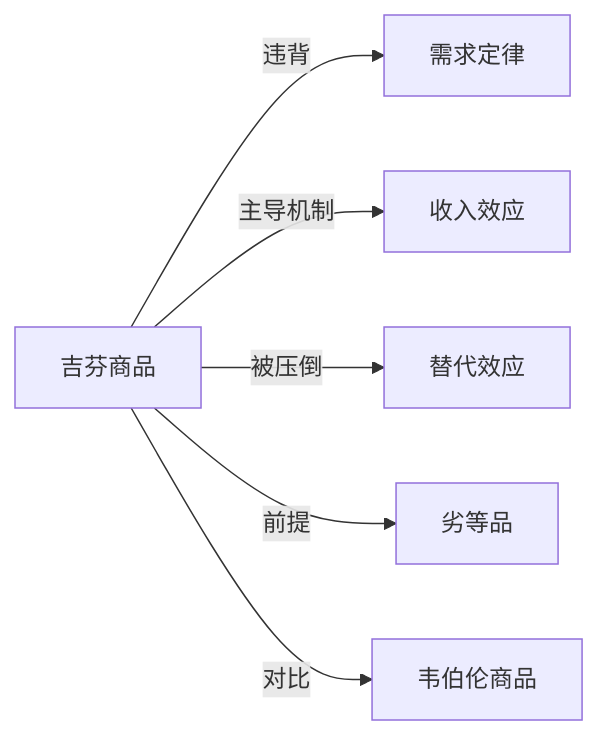
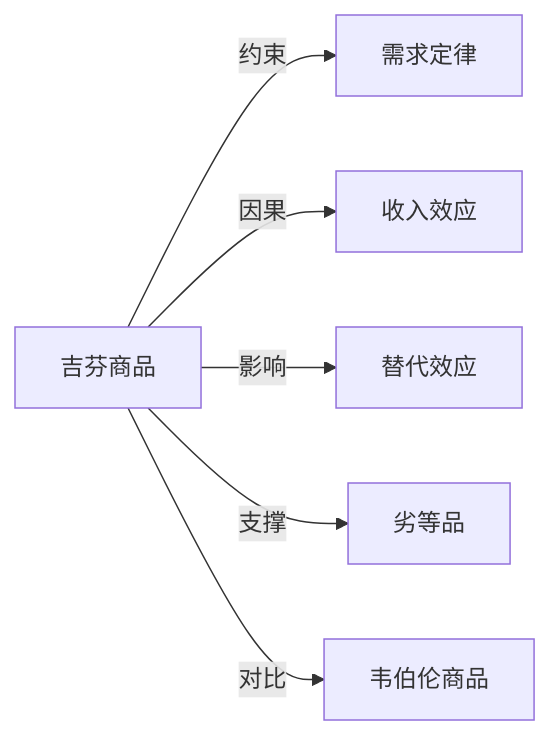
The diagram in Knowledge/Concepts/经济/吉芬商品.md (KIMMCHOW/MyKnowledge), drawn with Mermaid before and after one commit. The commit also changed 95 other files, not shown here.

Commit message:
reorganize: 统一关系图边标签为11类

````diff
--- a/Knowledge/Concepts/经济/吉芬商品.md
+++ b/Knowledge/Concepts/经济/吉芬商品.md
@@ -43,8 +43,8 @@
 ```mermaid
 graph LR
-吉芬商品 -->|违背| 需求定律
-吉芬商品 -->|主导机制| 收入效应
-吉芬商品 -->|被压倒| 替代效应
-吉芬商品 -->|前提| 劣等品
+吉芬商品 -->|约束| 需求定律
+吉芬商品 -->|因果| 收入效应
+吉芬商品 -->|影响| 替代效应
+吉芬商品 -->|支撑| 劣等品
 吉芬商品 -->|对比| 韦伯伦商品
 ```
````
